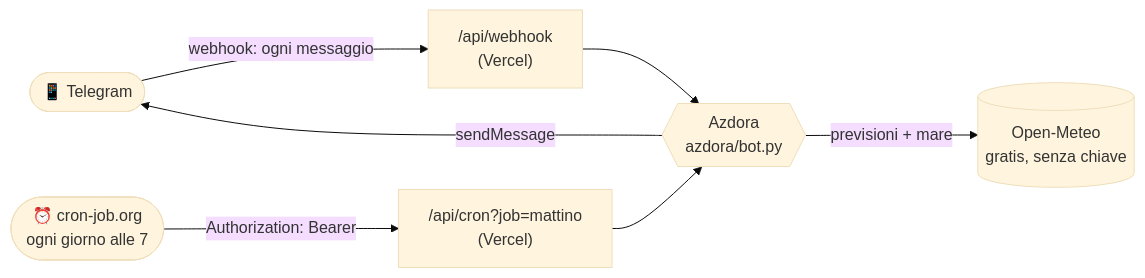
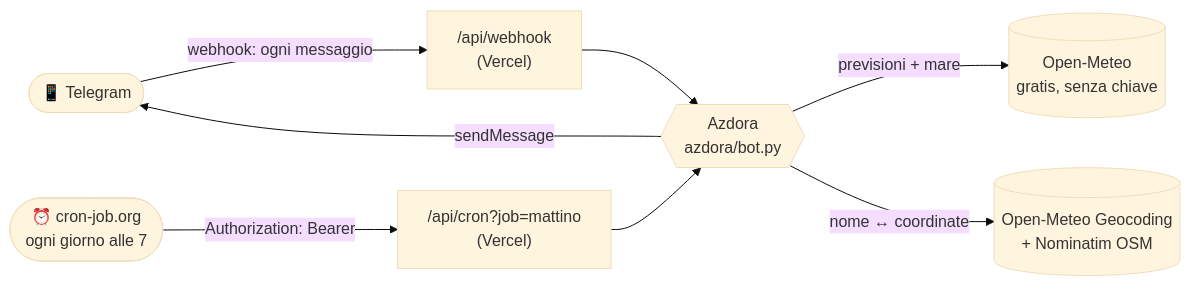
The diagram in README.md (amazzotti/azdora-bot), drawn with Mermaid (base theme) before and after one commit. The commit also changed other lines of this file and 16 other files, not shown here.

````diff
--- a/README.md
+++ b/README.md
@@ -52,9 +56,10 @@
 ```mermaid
 flowchart LR
     U([📱 Telegram]) -- "webhook: ogni messaggio" --> W["/api/webhook<br/>(Vercel)"]
     C([⏰ cron-job.org<br/>ogni giorno alle 7]) -- "Authorization: Bearer" --> R["/api/cron?job=mattino<br/>(Vercel)"]
     W --> B{{"Azdora<br/>azdora/bot.py"}}
     R --> B
     B -- "previsioni + mare" --> M[(Open-Meteo<br/>gratis, senza chiave)]
+    B -- "nome ↔ coordinate" --> L[(Open-Meteo Geocoding<br/>+ Nominatim OSM)]
     B -- "sendMessage" --> U
 ```
````
